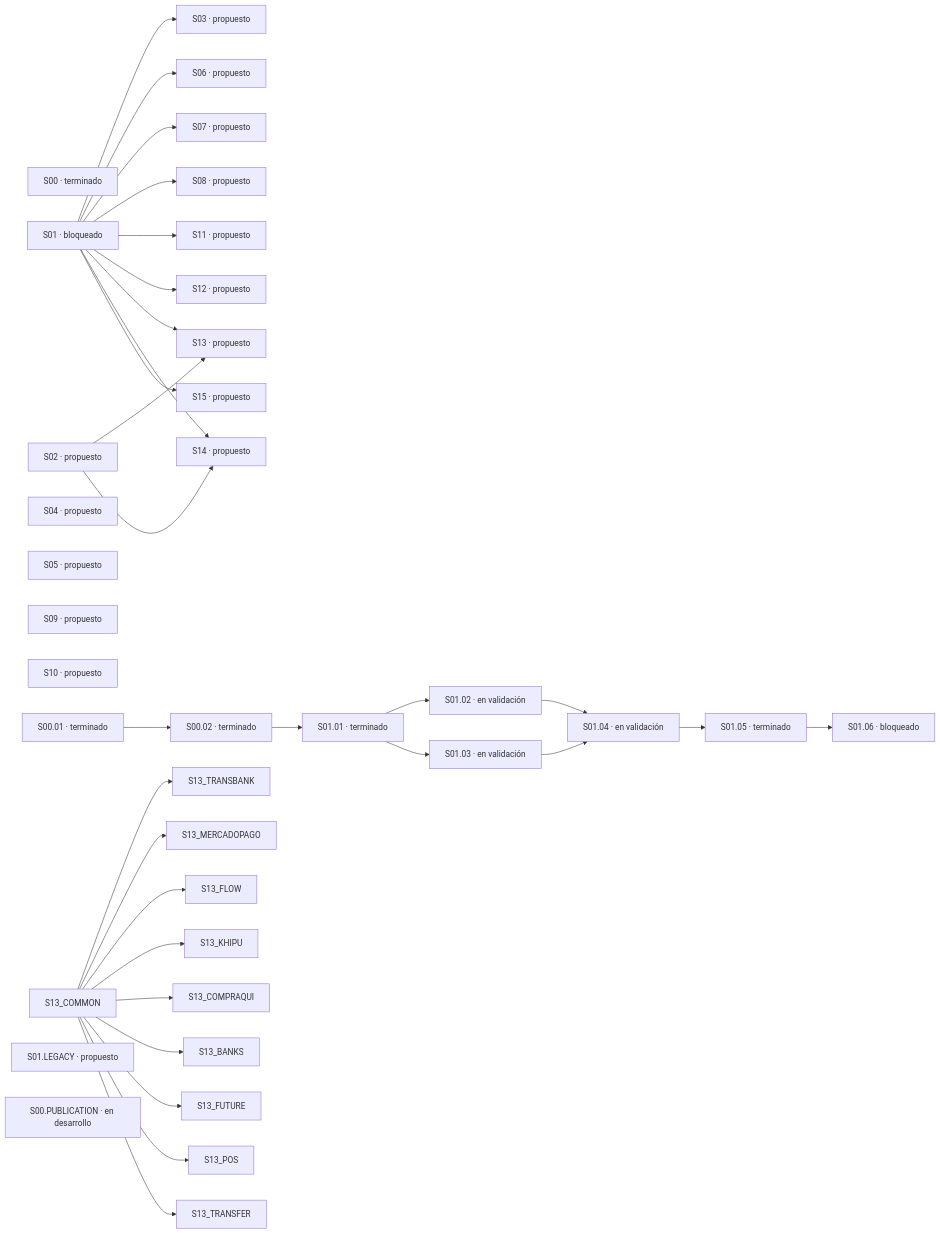
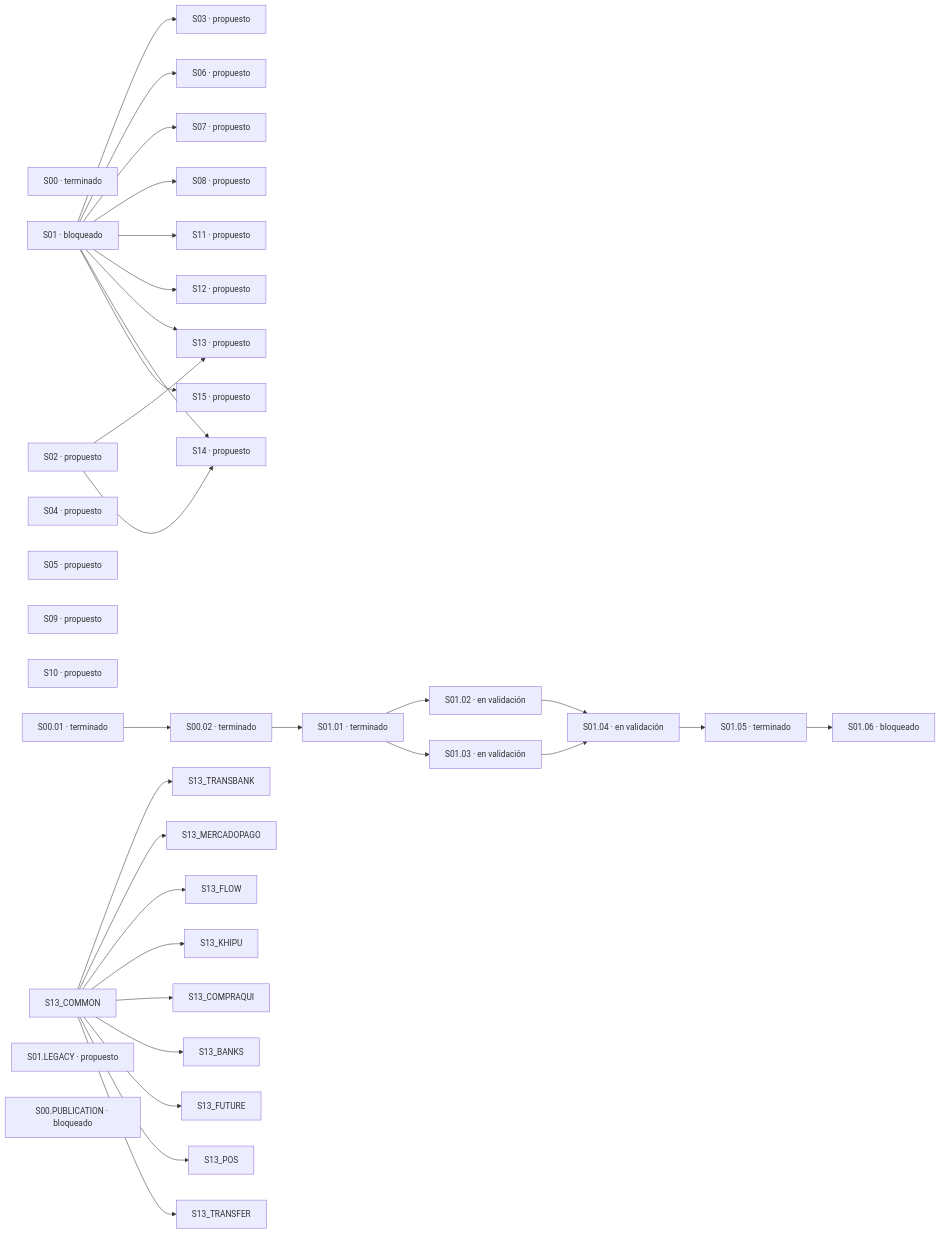
The second of 2 diagrams in docs/planning/GANTT.md (clefaraco/Reserve_System), drawn with Mermaid before and after one commit. The commit also changed other lines of this file and 4 other files, not shown here.

````diff
--- a/docs/planning/GANTT.md
+++ b/docs/planning/GANTT.md
@@ -619,57 +619,57 @@
 ```mermaid
 flowchart LR
   S00["S00 · terminado"]
   S01["S01 · bloqueado"]
   S02["S02 · propuesto"]
   S03["S03 · propuesto"]
   S01 --> S03
   S04["S04 · propuesto"]
   S05["S05 · propuesto"]
   S06["S06 · propuesto"]
   S01 --> S06
   S07["S07 · propuesto"]
   S01 --> S07
   S08["S08 · propuesto"]
   S01 --> S08
   S09["S09 · propuesto"]
   S10["S10 · propuesto"]
   S11["S11 · propuesto"]
   S01 --> S11
   S12["S12 · propuesto"]
   S01 --> S12
   S13["S13 · propuesto"]
   S02 --> S13
   S01 --> S13
   S14["S14 · propuesto"]
   S02 --> S14
   S01 --> S14
   S15["S15 · propuesto"]
   S01 --> S15
   S00_01["S00.01 · terminado"]
   S00_02["S00.02 · terminado"]
   S00_01 --> S00_02
   S01_01["S01.01 · terminado"]
   S00_02 --> S01_01
   S01_02["S01.02 · en validación"]
   S01_01 --> S01_02
   S01_03["S01.03 · en validación"]
   S01_01 --> S01_03
   S01_04["S01.04 · en validación"]
   S01_02 --> S01_04
   S01_03 --> S01_04
   S01_05["S01.05 · terminado"]
   S01_04 --> S01_05
   S01_06["S01.06 · bloqueado"]
   S01_05 --> S01_06
   S13_COMMON --> S13_TRANSBANK
   S13_COMMON --> S13_MERCADOPAGO
   S13_COMMON --> S13_FLOW
   S13_COMMON --> S13_KHIPU
   S13_COMMON --> S13_COMPRAQUI
   S13_COMMON --> S13_BANKS
   S13_COMMON --> S13_FUTURE
   S13_COMMON --> S13_POS
   S13_COMMON --> S13_TRANSFER
   S01_LEGACY["S01.LEGACY · propuesto"]
-  S00_PUBLICATION["S00.PUBLICATION · en desarrollo"]
+  S00_PUBLICATION["S00.PUBLICATION · bloqueado"]
 ```
````
